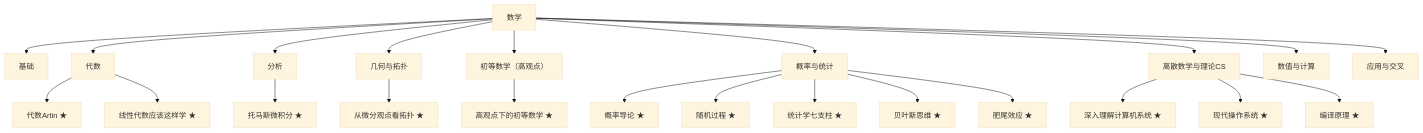
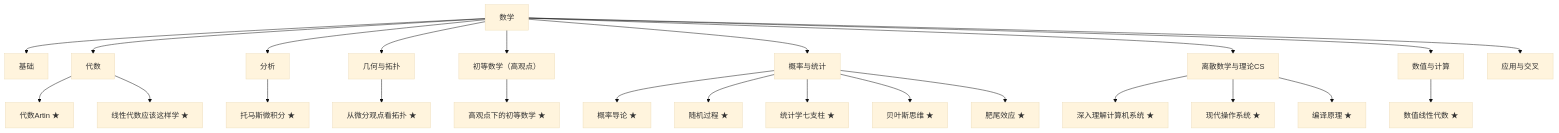
The diagram in 数学大地图.md (lyp0746/lyp-notes), drawn with Mermaid (base theme) before and after one commit. The commit also changed other lines of this file and 29 other files, not shown here.

Commit message:
新增《数值线性代数》(Trefethen & Bau, 第一部分)：3 概念+2 实体+导读+跨书桥接；封面加动态「收录 N 本书 · M 概念」标注；每部分改为整页彩色扉页；重建插图(14 书/169 概念)与 PDF(81 页)

````diff
--- a/数学大地图.md
+++ b/数学大地图.md
@@ -30,26 +30,27 @@
 ```mermaid
 graph TD
   M[数学]
   M --> base[基础]
   M --> alg[代数]
   alg --> AT[代数Artin ★]
   alg --> LA[线性代数应该这样学 ★]
   M --> ana[分析]
   ana --> CA[托马斯微积分 ★]
   M --> geo[几何与拓扑]
   geo --> DT[从微分观点看拓扑 ★]
   M --> elem[初等数学（高观点）]
   elem --> KG[高观点下的初等数学 ★]
   M --> prob[概率与统计]
   prob --> PD[概率导论 ★]
   prob --> SP[随机过程 ★]
   prob --> SS[统计学七支柱 ★]
   prob --> BT[贝叶斯思维 ★]
   prob --> FT[肥尾效应 ★]
   M --> disc[离散数学与理论CS]
   disc --> CSAPP[深入理解计算机系统 ★]
   disc --> MOS[现代操作系统 ★]
   disc --> CP[编译原理 ★]
   M --> num[数值与计算]
+  num --> NLA[数值线性代数 ★]
   M --> app[应用与交叉]
 ```
````
